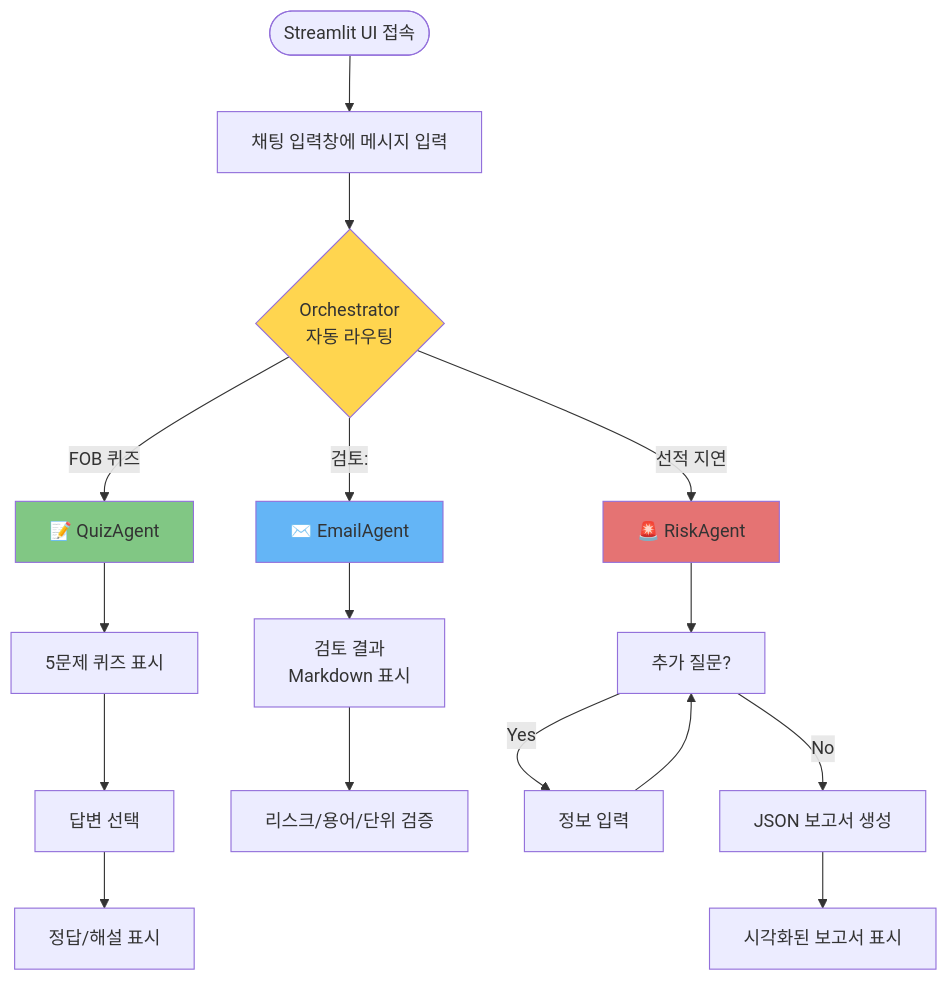
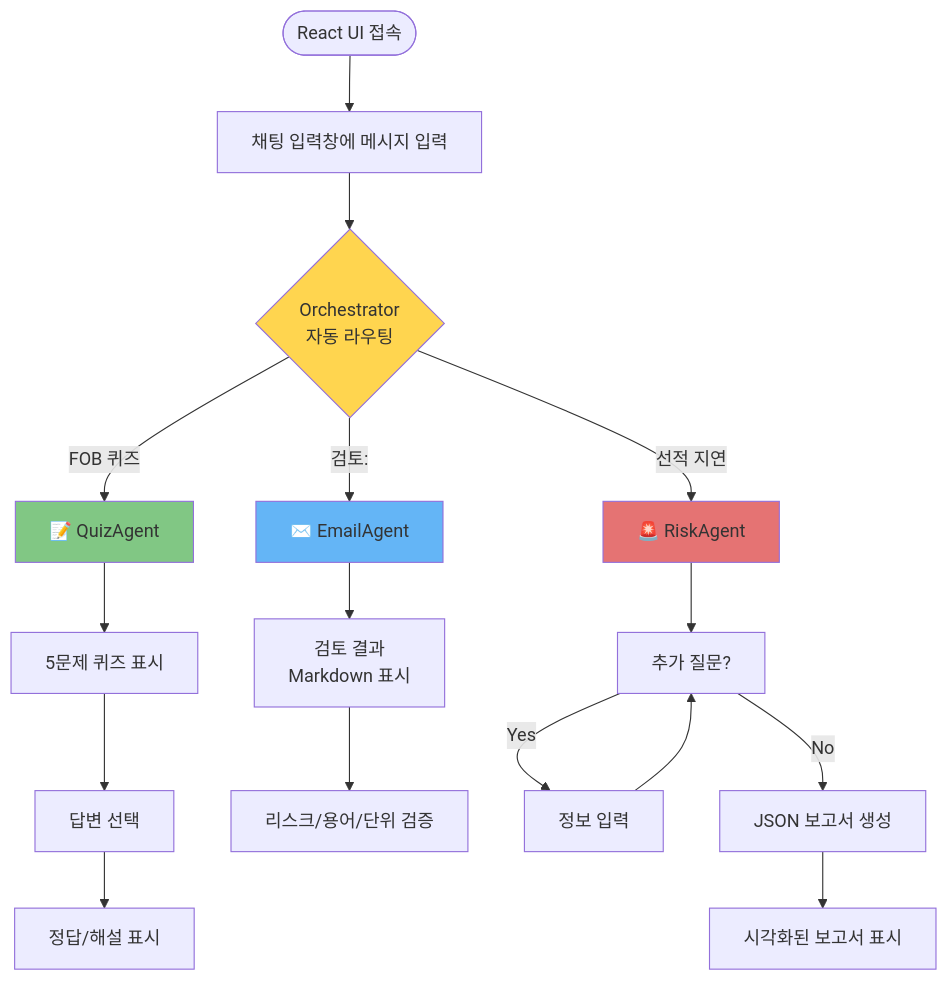
The third of 5 diagrams in README.md (atozwizard/trade-onboarding-agent), drawn with Mermaid before and after one commit. The commit also changed other lines of this file and 18 other files, not shown here.

````diff
--- a/README.md
+++ b/README.md
@@ -326,27 +328,27 @@
 ```mermaid
 graph TD
-    Start([Streamlit UI 접속]) --> Input[채팅 입력창에 메시지 입력]
+    Start([React UI 접속]) --> Input[채팅 입력창에 메시지 입력]
     Input --> Auto{Orchestrator<br/>자동 라우팅}
 
     Auto -->|"FOB 퀴즈"| QuizFlow[📝 QuizAgent]
     Auto -->|"검토:"| EmailFlow[✉️ EmailAgent]
     Auto -->|"선적 지연"| RiskFlow[🚨 RiskAgent]
 
     QuizFlow --> QuizOutput[5문제 퀴즈 표시]
     QuizOutput --> Answer[답변 선택]
     Answer --> Feedback[정답/해설 표시]
 
     EmailFlow --> EmailOutput[검토 결과<br/>Markdown 표시]
     EmailOutput --> Review[리스크/용어/단위 검증]
 
     RiskFlow --> Question[추가 질문?]
     Question -->|Yes| MoreInfo[정보 입력]
     MoreInfo --> Question
     Question -->|No| Report[JSON 보고서 생성]
     Report --> Visual[시각화된 보고서 표시]
 
     style Auto fill:#FFD54F
     style QuizFlow fill:#81C784
     style EmailFlow fill:#64B5F6
     style RiskFlow fill:#E57373
 ```
````
